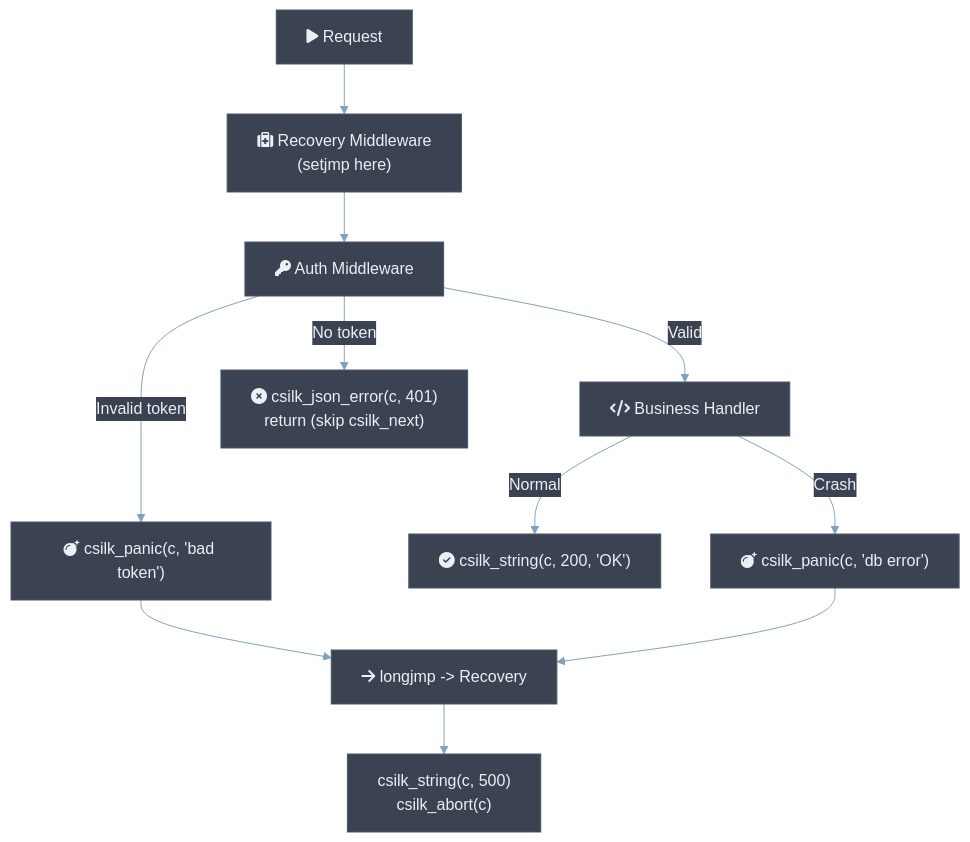
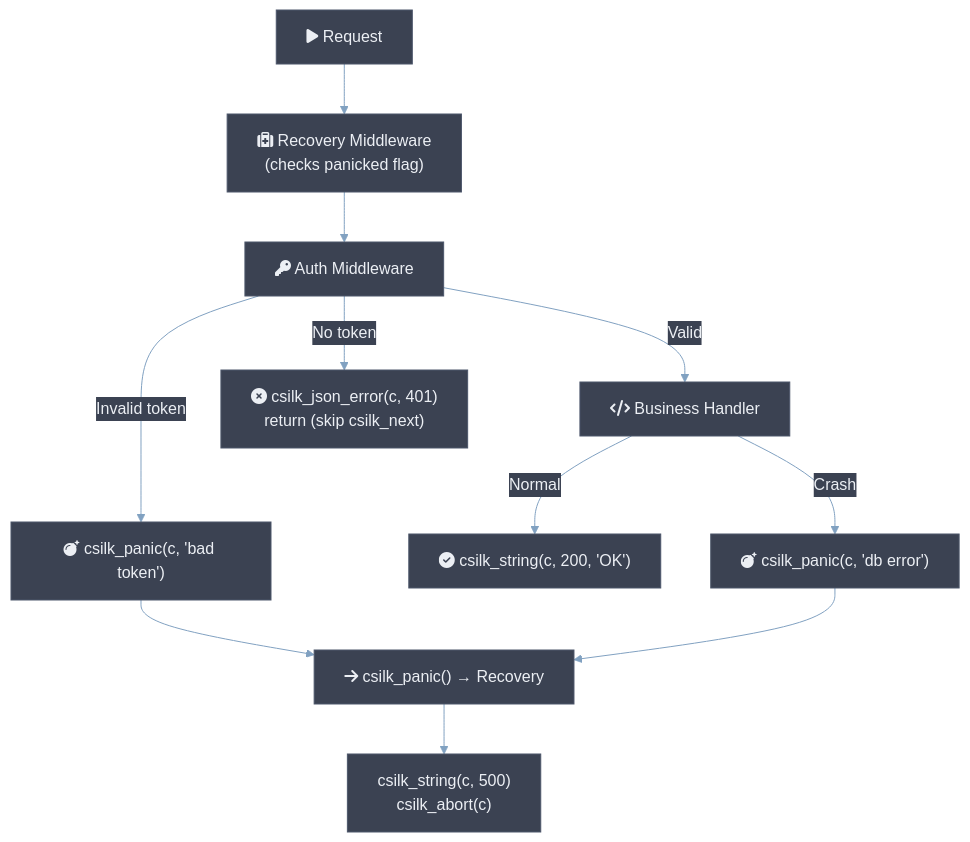
The fourth of 4 diagrams in docs/user-manual/middleware-dev.md (quintin-lee/csilk), drawn with Mermaid before and after one commit. The commit also changed 12 other files, not shown here.

Commit message:
docs: 📝 remove all stale setjmp/longjmp/jump_buffer refs, align panic model and cleanup docs with current code

````diff
--- a/docs/user-manual/middleware-dev.md
+++ b/docs/user-manual/middleware-dev.md
@@ -217,25 +217,25 @@
 ```mermaid
 %%{init: {'theme': 'base', 'themeVariables': {'background': '#2E3440','primaryColor':'#81A1C1','primaryBorderColor':'#4C566A','primaryTextColor':'#ECEFF4','secondaryColor':'#3B4252','secondaryBorderColor':'#434C5E','secondaryTextColor':'#D8DEE9','lineColor':'#81A1C1','textColor':'#ECEFF4','mainBkg':'#3B4252','nodeBorder':'#4C566A','clusterBkg':'#2E3440','clusterBorder':'#4C566A','titleColor':'#ECEFF4','edgeLabelBackground':'#3B4252','nodeTextColor':'#ECEFF4'}, 'flowchart': {'htmlLabels': true, 'curve': 'basis'}}}%%
 flowchart TB
     REQ["fa:fa-play Request"]
 
-    REC["fa:fa-medkit Recovery Middleware<br/>(setjmp here)"]
+    REC["fa:fa-medkit Recovery Middleware<br/>(checks panicked flag)"]
 
     AUTH["fa:fa-key Auth Middleware"]
 
     HAND["fa:fa-code Business Handler"]
 
     REQ --> REC
     REC --> AUTH
 
     AUTH -- "Valid" --> HAND
     AUTH -- "No token" --> ERR1["fa:fa-times-circle csilk_json_error(c, 401)<br/>return (skip csilk_next)"]
     AUTH -- "Invalid token" --> ERR2["fa:fa-bomb csilk_panic(c, 'bad token')"]
 
     HAND -- "Normal" --> OK["fa:fa-check-circle csilk_string(c, 200, 'OK')"]
     HAND -- "Crash" --> ERR3["fa:fa-bomb csilk_panic(c, 'db error')"]
 
-    ERR2 --> REC_L["fa:fa-arrow-right longjmp -&gt; Recovery"]
+    ERR2 --> REC_L["fa:fa-arrow-right csilk_panic() → Recovery"]
     ERR3 --> REC_L
     REC_L --> RECOVER["csilk_string(c, 500)\ncsilk_abort(c)"]
 ```
````
